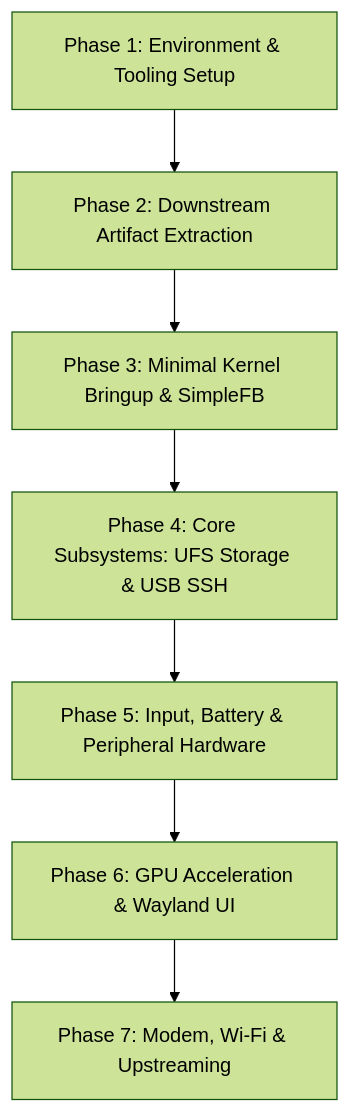
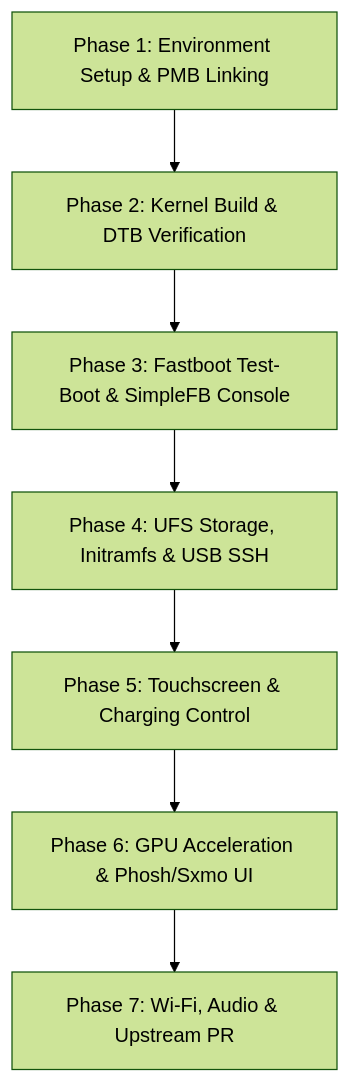
One commit to emilyastranova/guacamole_nura changed the diagram in docs/PLAN.md. Above: the diagram before and after it, drawn with Mermaid (forest theme). The commit also changed other lines of this file and 1 other file, not shown here.

Commit message:
Update README and PLAN with upstream Caleb Connolly & M1DNYT3 artifacts

````diff
--- a/docs/PLAN.md
+++ b/docs/PLAN.md
@@ -24,9 +55,9 @@
 ```mermaid
 flowchart TD
-    A[Phase 1: Environment & Tooling Setup] --> B[Phase 2: Downstream Artifact Extraction]
-    B --> C[Phase 3: Minimal Kernel Bringup & SimpleFB]
-    C --> D[Phase 4: Core Subsystems: UFS Storage & USB SSH]
-    D --> E[Phase 5: Input, Battery & Peripheral Hardware]
-    E --> F[Phase 6: GPU Acceleration & Wayland UI]
-    F --> G[Phase 7: Modem, Wi-Fi & Upstreaming]
+    A[Phase 1: Environment Setup & PMB Linking] --> B[Phase 2: Kernel Build & DTB Verification]
+    B --> C[Phase 3: Fastboot Test-Boot & SimpleFB Console]
+    C --> D[Phase 4: UFS Storage, Initramfs & USB SSH]
+    D --> E[Phase 5: Touchscreen & Charging Control]
+    E --> F[Phase 6: GPU Acceleration & Phosh/Sxmo UI]
+    F --> G[Phase 7: Wi-Fi, Audio & Upstream PR]
 ```
````
